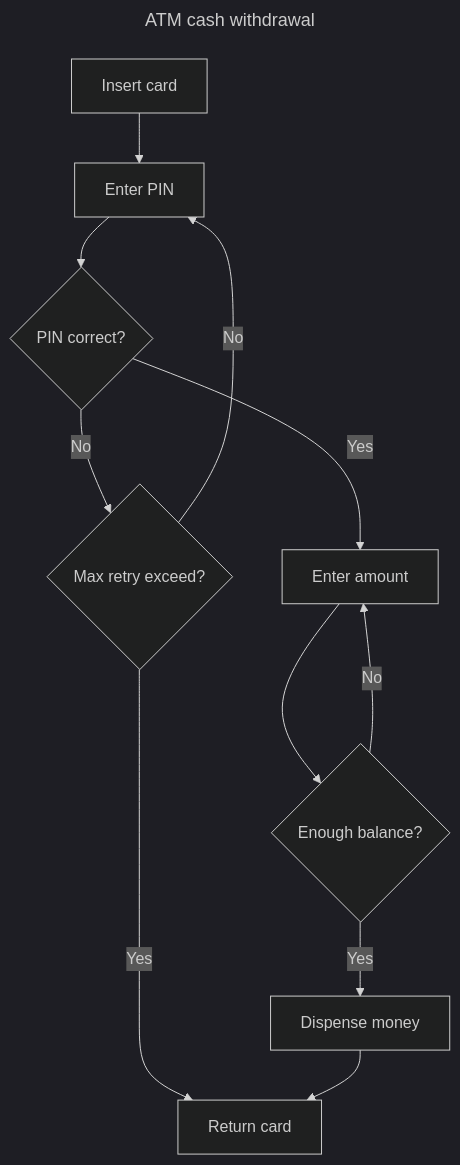
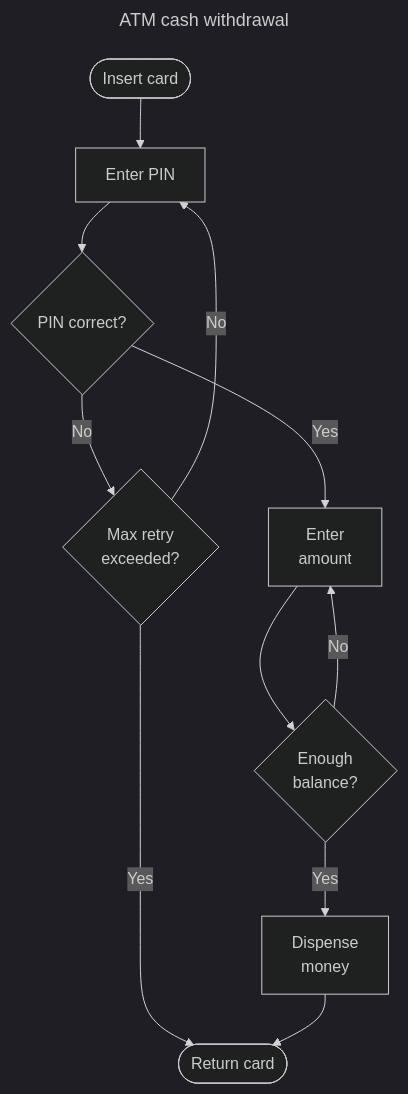
Before and after one commit to gharials/dev-path: the second of 2 diagrams in docs/programming/mental-models.md, drawn with Mermaid (dark theme).

Commit message:
'mental-models': formatted diagram.

````diff
--- a/docs/programming/mental-models.md
+++ b/docs/programming/mental-models.md
@@ -89,28 +89,32 @@
 ```mermaid
 ---
 title: ATM cash withdrawal
 ---
 flowchart
-  in[Insert card]
+  in([Insert card])
   pin[Enter PIN]
   pinchk{PIN correct?}
-  retchk{Max retry exceed?}
-  amount[Enter amount]
-  blncchk{Enough balance?}
-  disp[Dispense money]
-  retcrd[Return card]
+  retchk{"`Max retry 
+  exceeded?`"}
+  amount["`Enter 
+  amount`"]
+  blncchk{"`Enough 
+  balance?`"}
+  disp["`Dispense 
+  money`"]
+  retcrd([Return card])
   in --> pin
   %%subgraph identify[Check PIN]
   pin --> pinchk
   pinchk --> |No| retchk
   retchk --> |No| pin
   %%end
   pinchk --> |Yes| amount
   retchk --> |Yes| retcrd
   %%subgraph withdraw[Withdraw money]
   amount --> blncchk
   blncchk --> |No| amount
   blncchk --> |Yes| disp
   %%end
   disp --> retcrd
 ```
````
